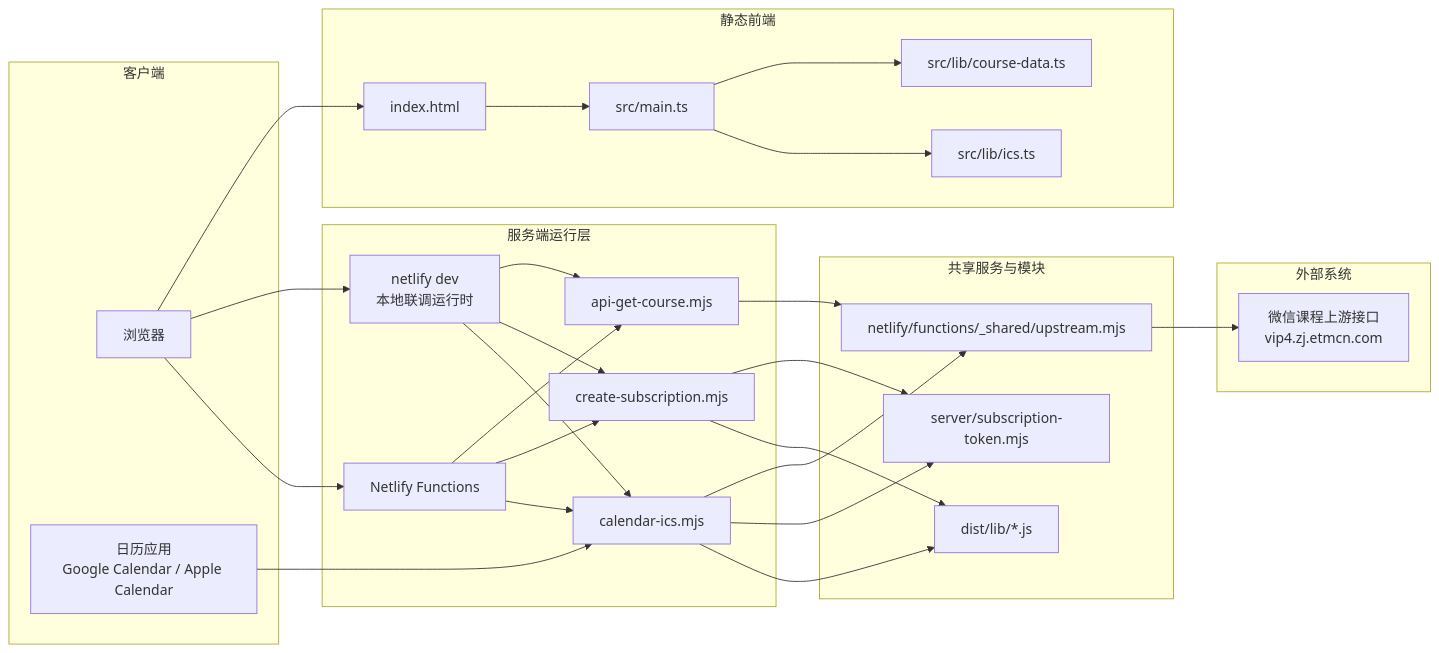
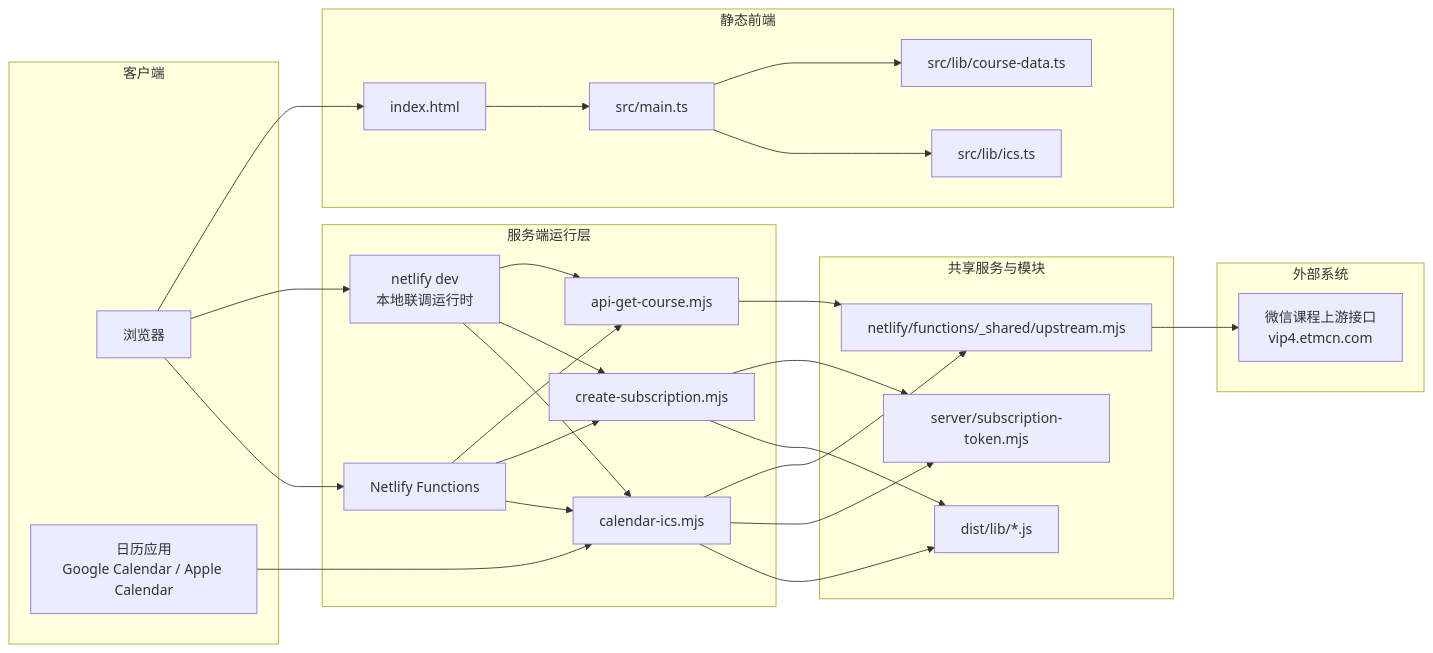
The second of 2 diagrams in docs/architecture.md (Himoryzhang/miley-club-calendar-subscription), drawn with Mermaid before and after one commit. The commit also changed other lines of this file and 4 other files, not shown here.

````diff
--- a/docs/architecture.md
+++ b/docs/architecture.md
@@ -45,58 +45,58 @@
 ```mermaid
 flowchart LR
     subgraph Client["客户端"]
         Browser["浏览器"]
         Calendar["日历应用<br/>Google Calendar / Apple Calendar"]
     end
 
     subgraph Frontend["静态前端"]
         UI["index.html"]
         App["src/main.ts"]
         CourseLib["src/lib/course-data.ts"]
         ICSLib["src/lib/ics.ts"]
     end
 
     subgraph Runtime["服务端运行层"]
         LocalDev["netlify dev<br/>本地联调运行时"]
         Netlify["Netlify Functions"]
         GetCourseFn["api-get-course.mjs"]
         CreateSubFn["create-subscription.mjs"]
         CalendarFn["calendar-ics.mjs"]
     end
 
     subgraph Shared["共享服务与模块"]
         Upstream["netlify/functions/_shared/upstream.mjs"]
         Token["server/subscription-token.mjs"]
         Dist["dist/lib/*.js"]
     end
 
     subgraph External["外部系统"]
-        Wechat["微信课程上游接口<br/>vip4.zj.etmcn.com"]
+        Wechat["微信课程上游接口<br/>vip4.etmcn.com"]
     end
 
     Browser --> UI
     UI --> App
     App --> CourseLib
     App --> ICSLib
 
     Browser --> LocalDev
     Browser --> Netlify
 
     LocalDev --> GetCourseFn
     LocalDev --> CreateSubFn
     LocalDev --> CalendarFn
 
     Netlify --> GetCourseFn
     Netlify --> CreateSubFn
     Netlify --> CalendarFn
 
     GetCourseFn --> Upstream
     CreateSubFn --> Token
     CreateSubFn --> Dist
     CalendarFn --> Upstream
     CalendarFn --> Token
     CalendarFn --> Dist
 
     Upstream --> Wechat
     Calendar --> CalendarFn
 ```
````
